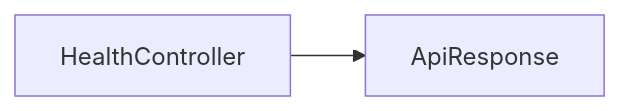
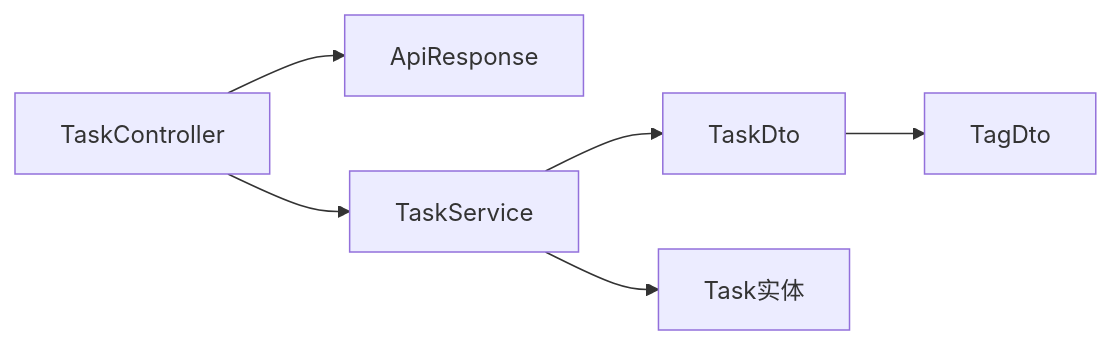
One commit to zhou9832/test1-qoder changed the sixth of 6 diagrams in .qoder/repowiki/zh/content/后端架构/数据传输对象.md. Above: the diagram before and after it, drawn with Mermaid. The commit also changed other lines of this file and 92 other files, not shown here.

````diff
--- a/.qoder/repowiki/zh/content/后端架构/数据传输对象.md
+++ b/.qoder/repowiki/zh/content/后端架构/数据传输对象.md
@@ -150,4 +310,8 @@
 ```mermaid
 graph LR
-Ctrl["HealthController"] --> Resp["ApiResponse<T>"]
+Ctrl["TaskController"] --> Resp["ApiResponse<TaskDto>"]
+Ctrl --> Svc["TaskService"]
+Svc --> Dto["TaskDto"]
+Svc --> Entity["Task实体"]
+Dto --> TagDto["TagDto"]
 ```
````
